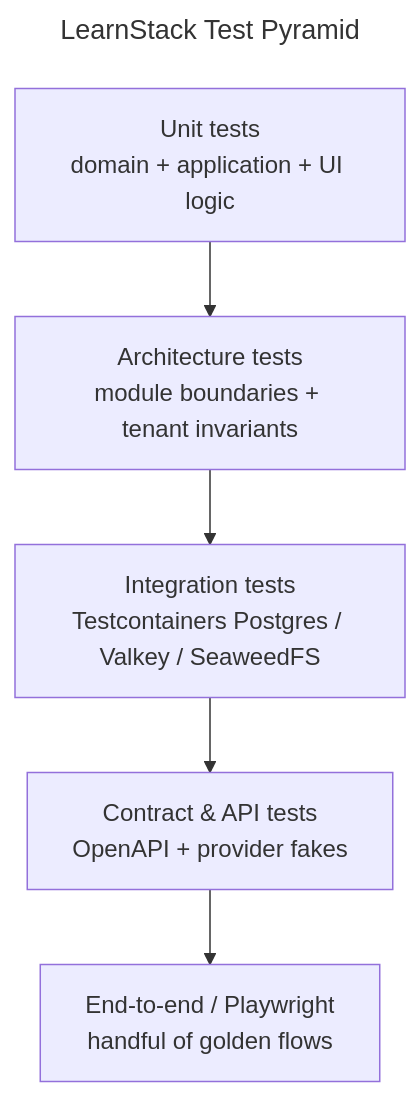
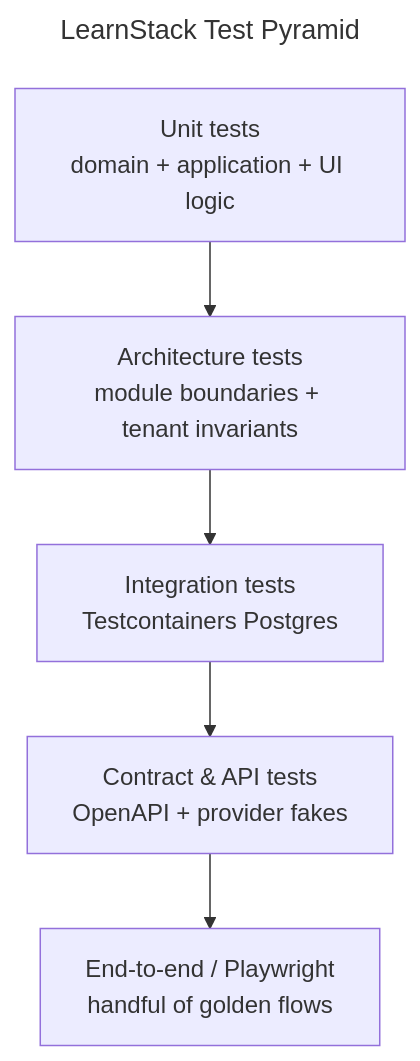
One commit to HodeTech/LearnStack changed the diagram in docs/standards/06-testing.md. Above: the diagram before and after it, drawn with Mermaid. The commit also changed other lines of this file and 27 other files, not shown here.

````diff
--- a/docs/standards/06-testing.md
+++ b/docs/standards/06-testing.md
@@ -10,13 +10,13 @@
 ```mermaid
 ---
 title: LearnStack Test Pyramid
 ---
 flowchart TB
   e2e[End-to-end / Playwright<br/>handful of golden flows]
   contract[Contract & API tests<br/>OpenAPI + provider fakes]
-  integration[Integration tests<br/>Testcontainers Postgres / Valkey / SeaweedFS]
+  integration[Integration tests<br/>Testcontainers Postgres]
   arch[Architecture tests<br/>module boundaries + tenant invariants]
   unit[Unit tests<br/>domain + application + UI logic]
 
   unit --> arch --> integration --> contract --> e2e
 ```
````
